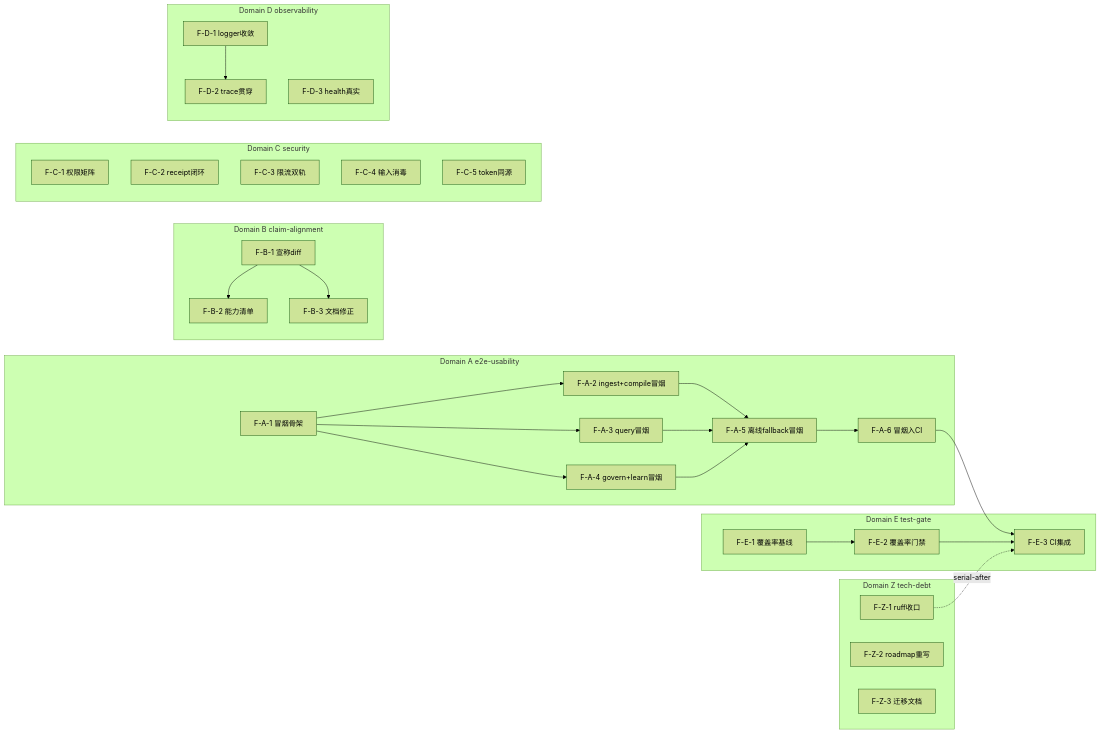
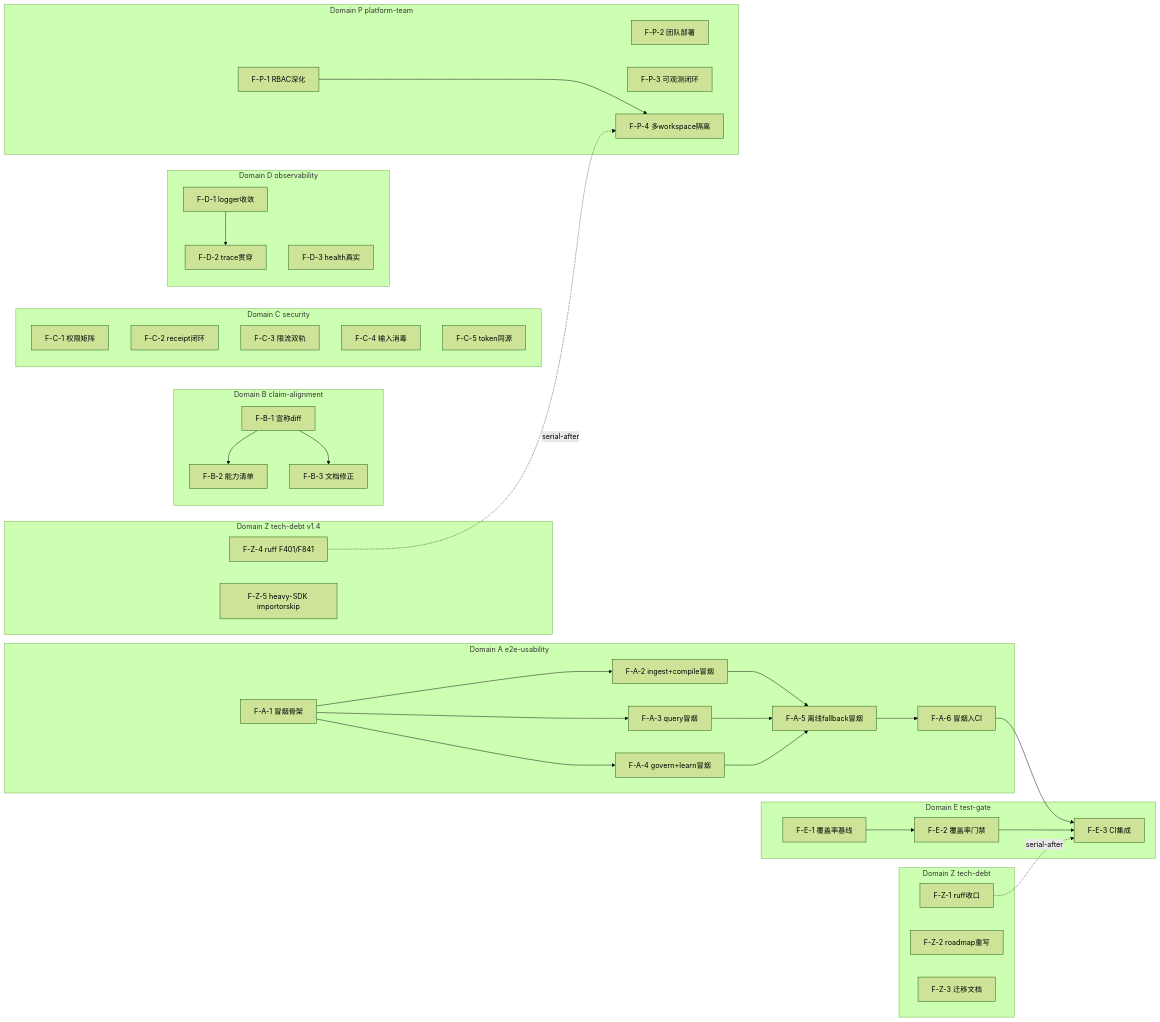
One commit to maythyai/smart_agent_wiki changed the diagram in .csp/decomposition/DEPENDENCY-GRAPH.md. Above: the diagram before and after it, drawn with Mermaid (forest theme). The commit also changed 9 other files, not shown here.

First line of the commit message:
decomp(csp): 02 v1.4.0 delta — platform-team F-P-1..4 + debt F-Z-4/5

````diff
--- a/.csp/decomposition/DEPENDENCY-GRAPH.md
+++ b/.csp/decomposition/DEPENDENCY-GRAPH.md
@@ -5,53 +5,67 @@
 ```mermaid
 graph LR
   subgraph WA[Domain A e2e-usability]
     A1[F-A-1 冒烟骨架]
     A2[F-A-2 ingest+compile冒烟]
     A3[F-A-3 query冒烟]
     A4[F-A-4 govern+learn冒烟]
     A5[F-A-5 离线fallback冒烟]
     A6[F-A-6 冒烟入CI]
   end
   subgraph WB[Domain B claim-alignment]
     B1[F-B-1 宣称diff]
     B2[F-B-2 能力清单]
     B3[F-B-3 文档修正]
   end
   subgraph WC[Domain C security]
     C1[F-C-1 权限矩阵]
     C2[F-C-2 receipt闭环]
     C3[F-C-3 限流双轨]
     C4[F-C-4 输入消毒]
     C5[F-C-5 token同源]
   end
   subgraph WD[Domain D observability]
     D1[F-D-1 logger收敛]
     D2[F-D-2 trace贯穿]
     D3[F-D-3 health真实]
   end
   subgraph WE[Domain E test-gate]
     E1[F-E-1 覆盖率基线]
     E2[F-E-2 覆盖率门禁]
     E3[F-E-3 CI集成]
   end
   subgraph WZ[Domain Z tech-debt]
     Z1[F-Z-1 ruff收口]
     Z2[F-Z-2 roadmap重写]
     Z3[F-Z-3 迁移文档]
   end
 
   A1 --> A2
   A1 --> A3
   A1 --> A4
   A2 --> A5
   A3 --> A5
   A4 --> A5
   A5 --> A6
   A6 --> E3
   B1 --> B2
   B1 --> B3
   D1 --> D2
   E1 --> E2
   E2 --> E3
   Z1 -.->|serial-after| E3
+
+  subgraph WP[Domain P platform-team]
+    P1[F-P-1 RBAC深化]
+    P2[F-P-2 团队部署]
+    P3[F-P-3 可观测闭环]
+    P4[F-P-4 多workspace隔离]
+  end
+  subgraph WZ2[Domain Z tech-debt v1.4]
+    Z4[F-Z-4 ruff F401/F841]
+    Z5[F-Z-5 heavy-SDK importorskip]
+  end
+
+  P1 --> P4
+  Z4 -.->|serial-after| P4
 ```
````
